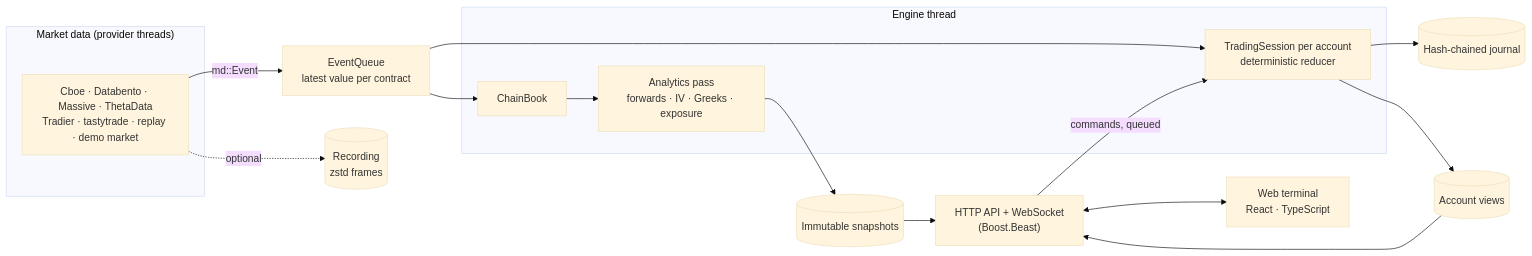
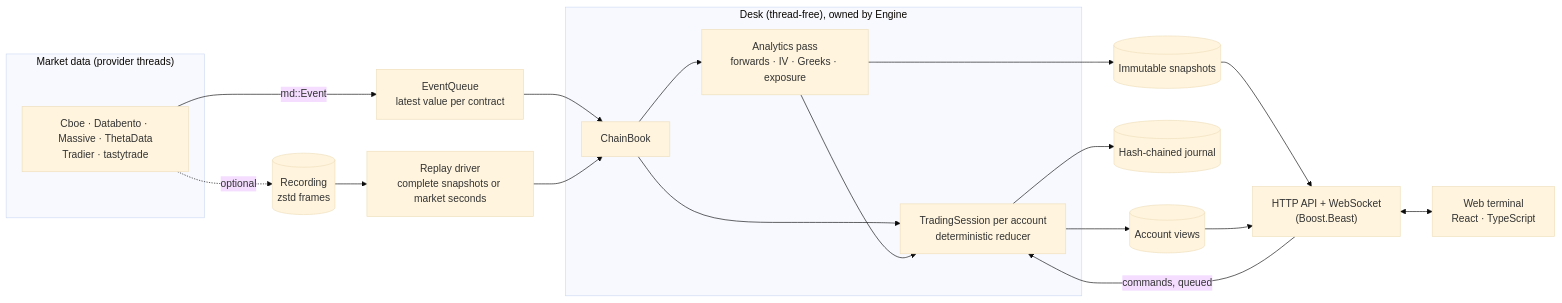
The diagram in docs/architecture.md (38st/openport), drawn with Mermaid (base theme) before and after one commit. The commit also changed other lines of this file and 28 other files, not shown here.

````diff
--- a/docs/architecture.md
+++ b/docs/architecture.md
@@ -7,21 +7,24 @@
 ```mermaid
 flowchart LR
   subgraph feed["Market data (provider threads)"]
-    P["Cboe · Databento · Massive · ThetaData<br/>Tradier · tastytrade · replay · demo market"]
+    P["Cboe · Databento · Massive · ThetaData<br/>Tradier · tastytrade"]
   end
   P -- "md::Event" --> Q["EventQueue<br/>latest value per contract"]
   P -. "optional" .-> R[("Recording<br/>zstd frames")]
-  subgraph engine["Engine thread"]
+  R --> D["Replay driver<br/>complete snapshots or market seconds"]
+  subgraph engine["Desk (thread-free), owned by Engine"]
     B["ChainBook"] --> A["Analytics pass<br/>forwards · IV · Greeks · exposure"]
     T["TradingSession per account<br/>deterministic reducer"]
   end
   Q --> B
-  Q --> T
+  D --> B
+  B --> T
+  A --> T
   A --> S[("Immutable snapshots")]
   T --> J[("Hash-chained journal")]
   T --> V[("Account views")]
   S --> W["HTTP API + WebSocket<br/>(Boost.Beast)"]
   V --> W
   W <--> UI["Web terminal<br/>React · TypeScript"]
   W -- "commands, queued" --> T
 ```
````
